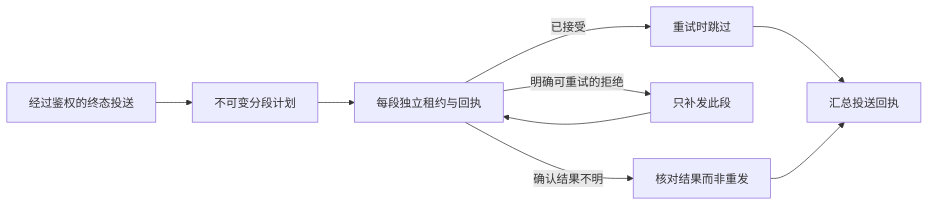
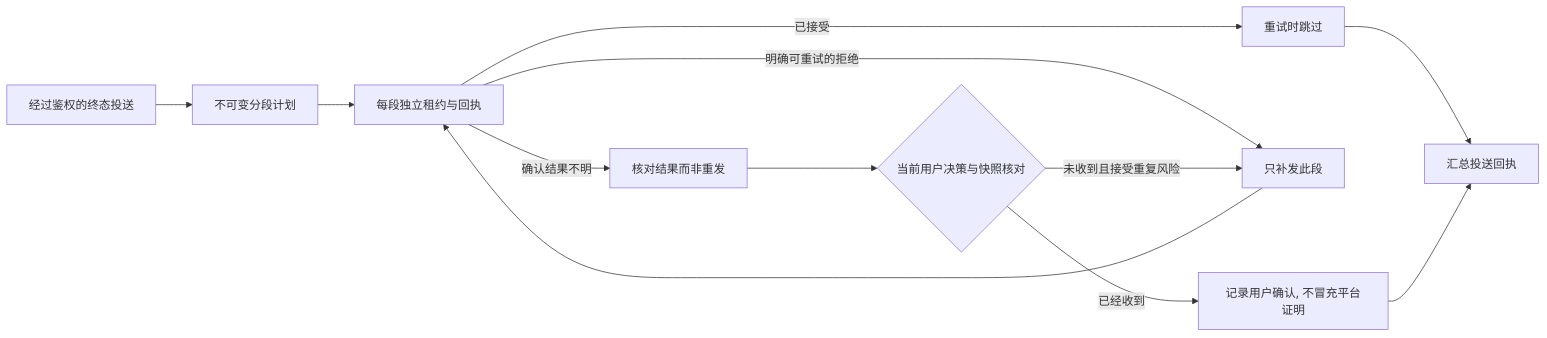
One commit to MatrixCoreX/RustClaw changed the first of 3 diagrams in docs/architecture/11-task-artifact-delivery.zh-CN.md. Above: the diagram before and after it, drawn with Mermaid. The commit also changed other lines of this file and 62 other files, not shown here.

````diff
--- a/docs/architecture/11-task-artifact-delivery.zh-CN.md
+++ b/docs/architecture/11-task-artifact-delivery.zh-CN.md
@@ -29,11 +37,14 @@
 ```mermaid
 flowchart LR
     A[经过鉴权的终态投送] --> B[不可变分段计划]
     B --> C[每段独立租约与回执]
     C -->|已接受| D[重试时跳过]
     C -->|明确可重试的拒绝| E[只补发此段]
     C -->|确认结果不明| F[核对结果而非重发]
     E --> C
     D --> G[汇总投送回执]
-    F --> G
+    F --> H{当前用户决策与快照核对}
+    H -->|已经收到| I[记录用户确认, 不冒充平台证明]
+    H -->|未收到且接受重复风险| E
+    I --> G
 ```
````
